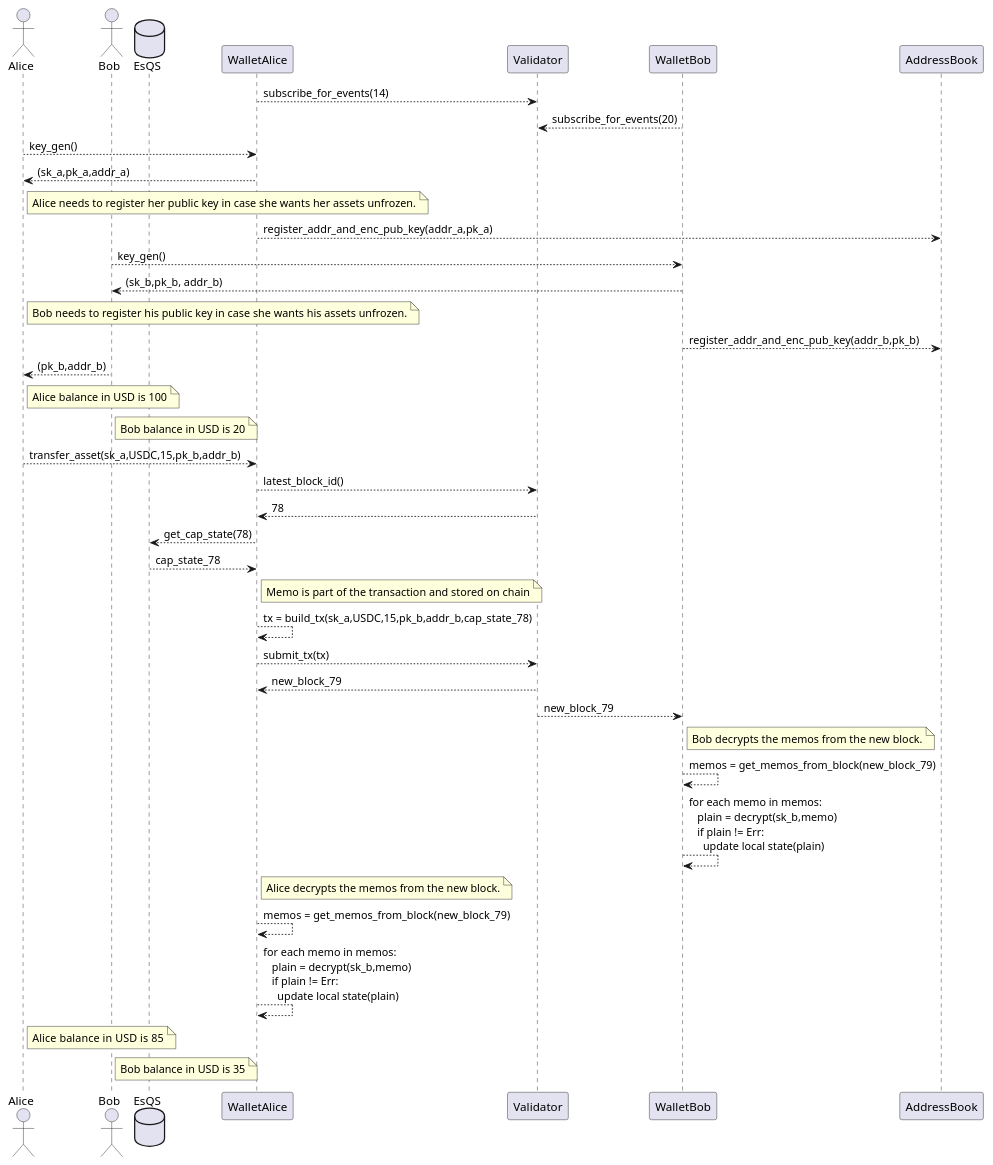
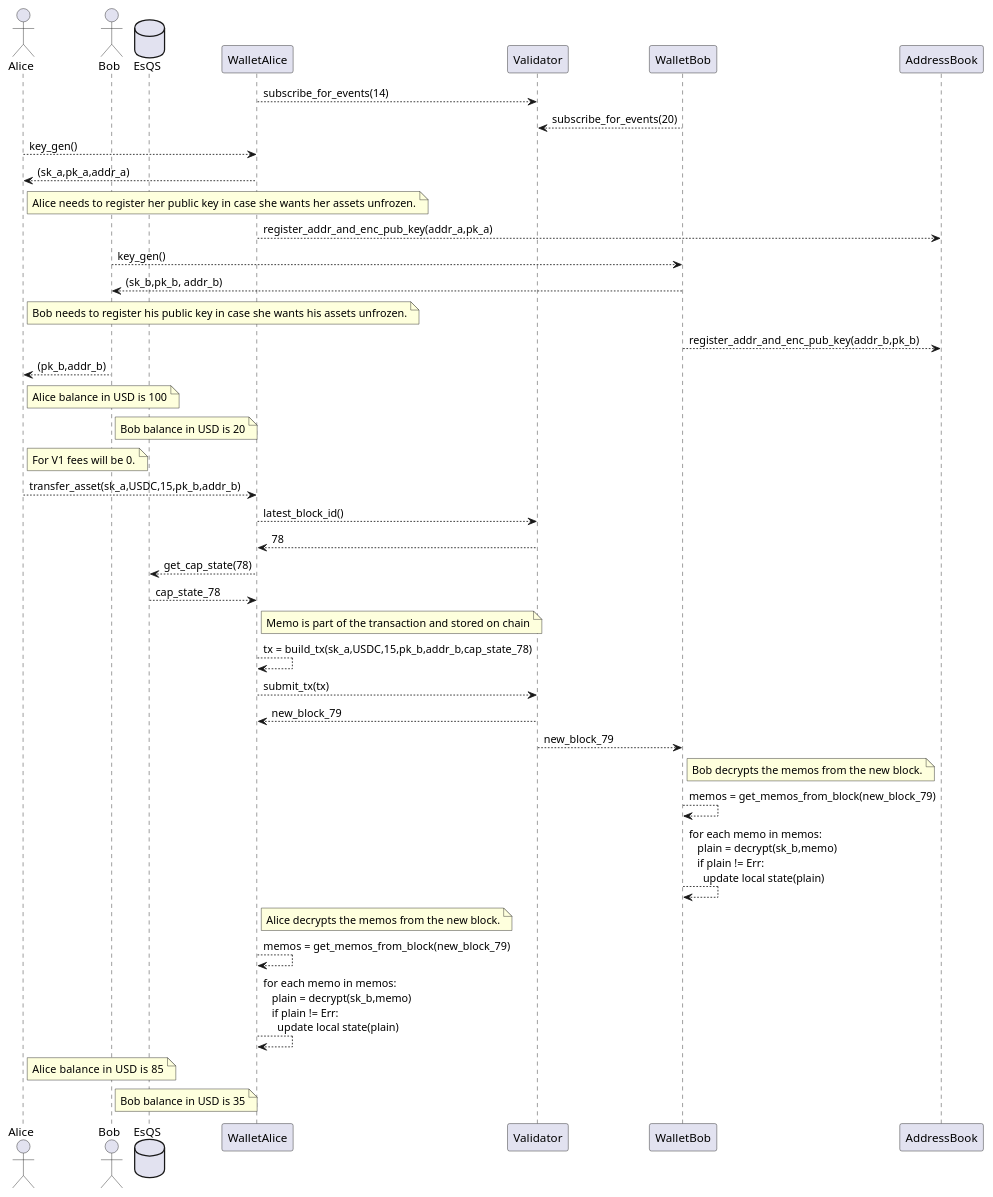
The diagram in doc/architecture/simple_transfer_seq_diagram.puml (EspressoSystems/espresso), drawn with PlantUML before and after one commit.

Commit message:
Add a note regarding zero fees in V1.

```diff
--- a/doc/architecture/simple_transfer_seq_diagram.puml
+++ b/doc/architecture/simple_transfer_seq_diagram.puml
@@ -1,74 +1,78 @@
 @startuml
 Actor Alice
 Actor Bob
 Database EsQS
 
 WalletAlice --> Validator: subscribe_for_events(14)
 WalletBob --> Validator: subscribe_for_events(20)
 
 Alice --> WalletAlice: key_gen()
 WalletAlice --> Alice: (sk_a,pk_a,addr_a)
 
 note right Alice
 Alice needs to register her public key in case she wants her assets unfrozen.
 end note
 WalletAlice --> AddressBook: register_addr_and_enc_pub_key(addr_a,pk_a)
 
 Bob --> WalletBob: key_gen()
 WalletBob --> Bob: (sk_b,pk_b, addr_b)
 
 note right Alice
 Bob needs to register his public key in case she wants his assets unfrozen.
 end note
 WalletBob --> AddressBook: register_addr_and_enc_pub_key(addr_b,pk_b)
 
 Bob --> Alice: (pk_b,addr_b)
 
 note right Alice
 Alice balance in USD is 100
 end note
 
 note right Bob
 Bob balance in USD is 20
+end note
+
+note right Alice
+For V1 fees will be 0.
 end note
 
 Alice --> WalletAlice: transfer_asset(sk_a,USDC,15,pk_b,addr_b)
 
 WalletAlice --> Validator: latest_block_id()
 Validator --> WalletAlice: 78
 WalletAlice --> EsQS: get_cap_state(78)
 EsQS --> WalletAlice: cap_state_78
 
 note right WalletAlice
 Memo is part of the transaction and stored on chain
 end note
 
 WalletAlice --> WalletAlice: tx = build_tx(sk_a,USDC,15,pk_b,addr_b,cap_state_78)
 
 WalletAlice --> Validator: submit_tx(tx)
 
 Validator --> WalletAlice:new_block_79
 Validator --> WalletBob:new_block_79
 
 note right WalletBob
 Bob decrypts the memos from the new block.
 end note
 WalletBob --> WalletBob: memos = get_memos_from_block(new_block_79)
 WalletBob --> WalletBob: for each memo in memos: \n   plain = decrypt(sk_b,memo) \n   if plain != Err: \n     update local state(plain)
 
 note right WalletAlice
 Alice decrypts the memos from the new block.
 end note
 WalletAlice --> WalletAlice: memos = get_memos_from_block(new_block_79)
 WalletAlice --> WalletAlice: for each memo in memos: \n   plain = decrypt(sk_b,memo) \n   if plain != Err: \n     update local state(plain)
 
 note right Alice
 Alice balance in USD is  85
 end note
 
 note right Bob
 Bob balance in USD is 35
 end note
 
 
 @enduml
```
